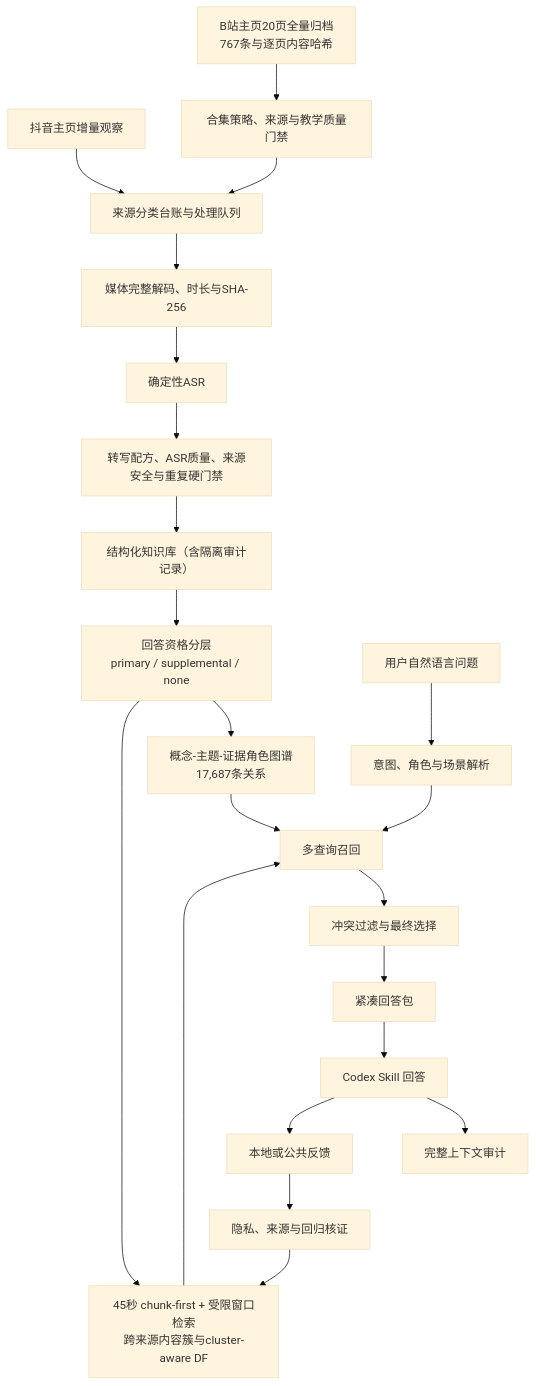
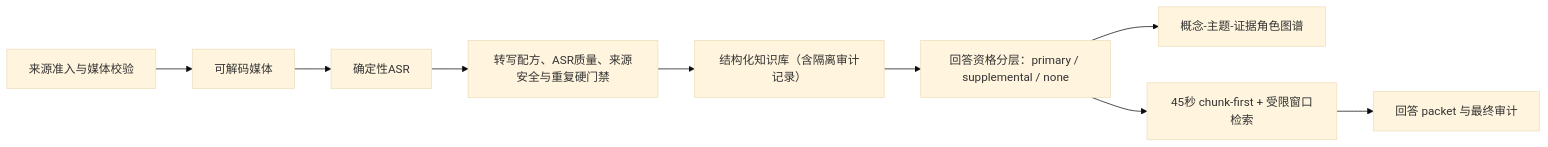
The diagram in README.md (MuyuanGuo/badminton-skills-coach), drawn with Mermaid (base theme) before and after one commit. The commit also changed other lines of this file and 15 other files, not shown here.

````diff
--- a/README.md
+++ b/README.md
@@ -85,24 +129,11 @@
-```mermaid
-flowchart TD
-    A1["抖音主页增量观察"] --> B["来源分类台账与处理队列"]
-    A2["B站主页20页全量归档<br/>767条与逐页内容哈希"] --> O["合集策略、来源与教学质量门禁"]
-    O --> B
-    B --> C["媒体完整解码、时长与SHA-256"]
+~~~mermaid
+flowchart LR
+    B["来源准入与媒体校验"] --> C["可解码媒体"]
     C --> D["确定性ASR"]
     D --> P["转写配方、ASR质量、来源安全与重复硬门禁"]
     P --> E["结构化知识库（含隔离审计记录）"]
-    E --> A["回答资格分层<br/>primary / supplemental / none"]
-    A --> KG["概念-主题-证据角色图谱<br/>17,687条关系"]
-    A --> F["45秒 chunk-first + 受限窗口检索<br/>跨来源内容簇与cluster-aware DF"]
-    Q["用户自然语言问题"] --> G["意图、角色与场景解析"]
-    G --> H["多查询召回"]
-    F --> H
-    KG --> H
-    H --> I["冲突过滤与最终选择"]
-    I --> J["紧凑回答包"]
-    J --> K["Codex Skill 回答"]
-    K --> L["完整上下文审计"]
-    K --> M["本地或公共反馈"]
-    M --> N["隐私、来源与回归核证"]
-    N --> F
-```
+    E --> A["回答资格分层：primary / supplemental / none"]
+    A --> KG["概念-主题-证据角色图谱"]
+    A --> F["45秒 chunk-first + 受限窗口检索"]
+    F --> R["回答 packet 与最终审计"]
+~~~
````
